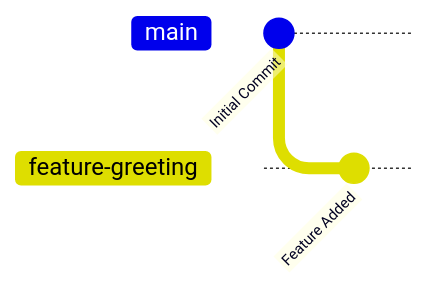
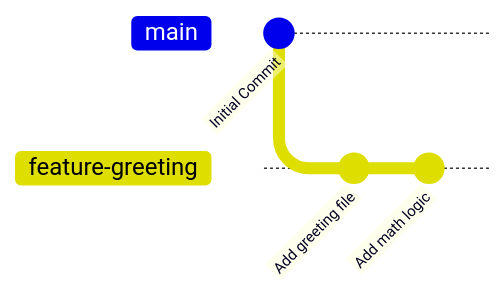
Before and after one commit to vadymkatsel/programming-concepts: the second of 2 diagrams in courses/ebd-course/modules/git/git-ps.qmd, drawn with Mermaid. The commit also changed other lines of this file, not shown here.

Commit message:
fix(ebd-course): align branch names and commit history in text and diagrams

````diff
--- a/courses/ebd-course/modules/git/git-ps.qmd
+++ b/courses/ebd-course/modules/git/git-ps.qmd
@@ -75,9 +75,10 @@
 ```{mermaid}
 %%| fig-align: center
 gitGraph
     commit id: "Initial Commit"
     branch feature-greeting
     checkout feature-greeting
-    commit id: "Feature Added"
+    commit id: "Add greeting file"
+    commit id: "Add math logic"
     checkout main
 ```
````
